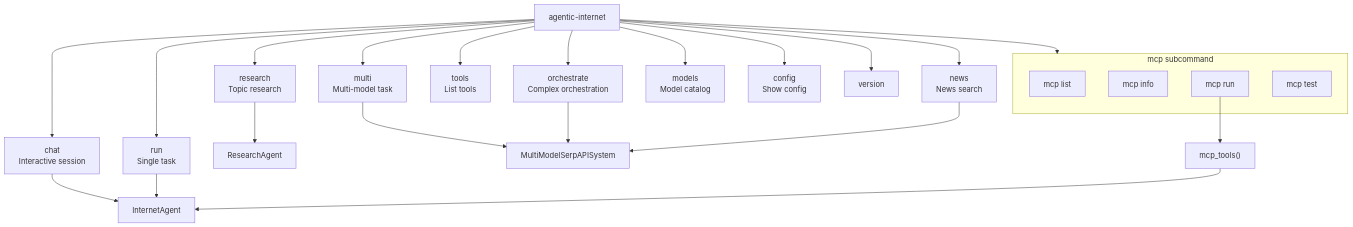
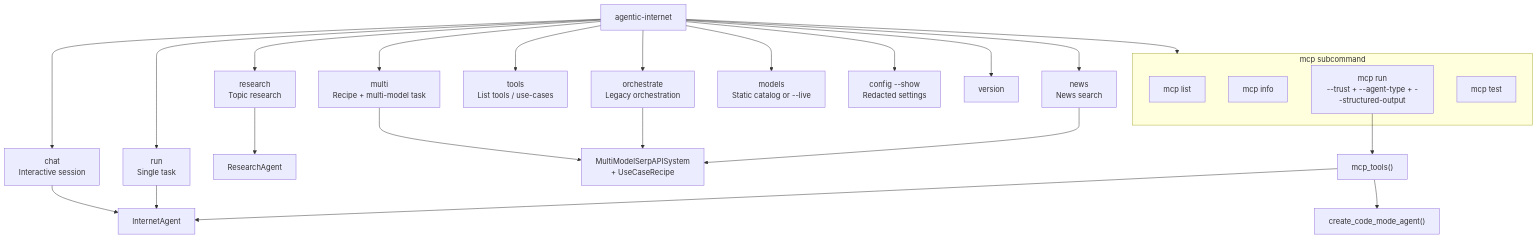
One commit to AgenticInternet/agentic-internet changed the ninth of 10 diagrams in specs/CODEBASE_DIAGRAM.md. Above: the diagram before and after it, drawn with Mermaid. The commit also changed other lines of this file, not shown here.

Commit message:
docs: update codebase architecture diagrams

````diff
--- a/specs/CODEBASE_DIAGRAM.md
+++ b/specs/CODEBASE_DIAGRAM.md
@@ -564,32 +534,33 @@
 ```mermaid
 flowchart TB
     cli_root["agentic-internet"]
 
     cli_root --> cmd_chat["chat<br/>Interactive session"]
     cli_root --> cmd_run["run<br/>Single task"]
     cli_root --> cmd_research["research<br/>Topic research"]
-    cli_root --> cmd_multi["multi<br/>Multi-model task"]
-    cli_root --> cmd_orchestrate["orchestrate<br/>Complex orchestration"]
-    cli_root --> cmd_tools["tools<br/>List tools"]
+    cli_root --> cmd_multi["multi<br/>Recipe + multi-model task"]
+    cli_root --> cmd_orchestrate["orchestrate<br/>Legacy orchestration"]
+    cli_root --> cmd_tools["tools<br/>List tools / use-cases"]
     cli_root --> cmd_news["news<br/>News search"]
-    cli_root --> cmd_models["models<br/>Model catalog"]
-    cli_root --> cmd_config["config<br/>Show config"]
+    cli_root --> cmd_models["models<br/>Static catalog or --live"]
+    cli_root --> cmd_config["config --show<br/>Redacted settings"]
     cli_root --> cmd_version["version"]
 
     subgraph mcp_sub["mcp subcommand"]
         cmd_mcp_list["mcp list"]
         cmd_mcp_info["mcp info"]
-        cmd_mcp_run["mcp run"]
+        cmd_mcp_run["mcp run<br/>--trust + --agent-type + --structured-output"]
         cmd_mcp_test["mcp test"]
     end
     cli_root --> mcp_sub
 
     cmd_chat --> internet_agent["InternetAgent"]
     cmd_run --> internet_agent
     cmd_research --> research_agent["ResearchAgent"]
-    cmd_multi --> mm_system["MultiModelSerpAPISystem"]
+    cmd_multi --> mm_system["MultiModelSerpAPISystem<br/>+ UseCaseRecipe"]
     cmd_orchestrate --> mm_system
     cmd_news --> mm_system
     cmd_mcp_run --> mcp_tools["mcp_tools()"]
     mcp_tools --> internet_agent
+    mcp_tools --> code_mode["create_code_mode_agent()"]
 ```
````
